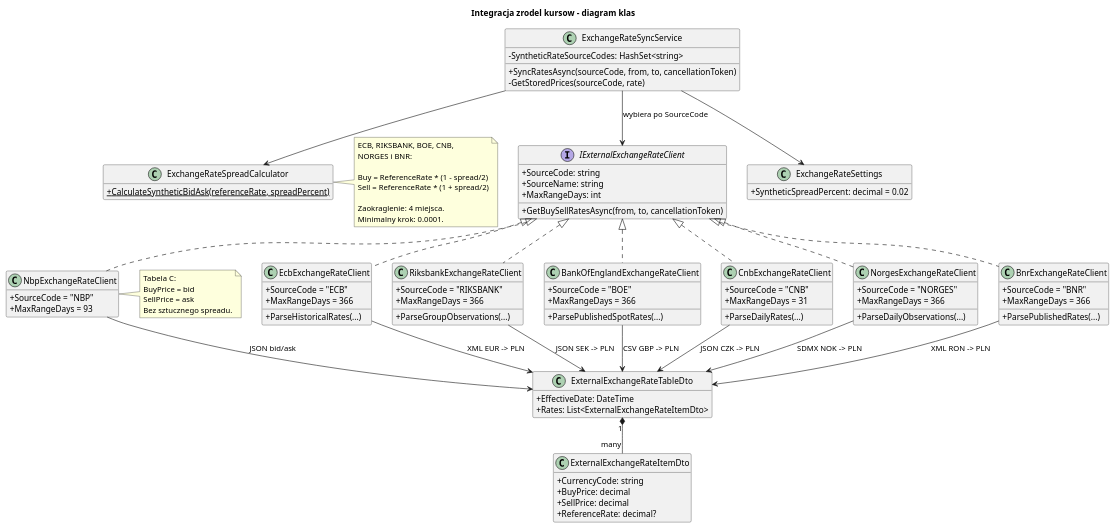
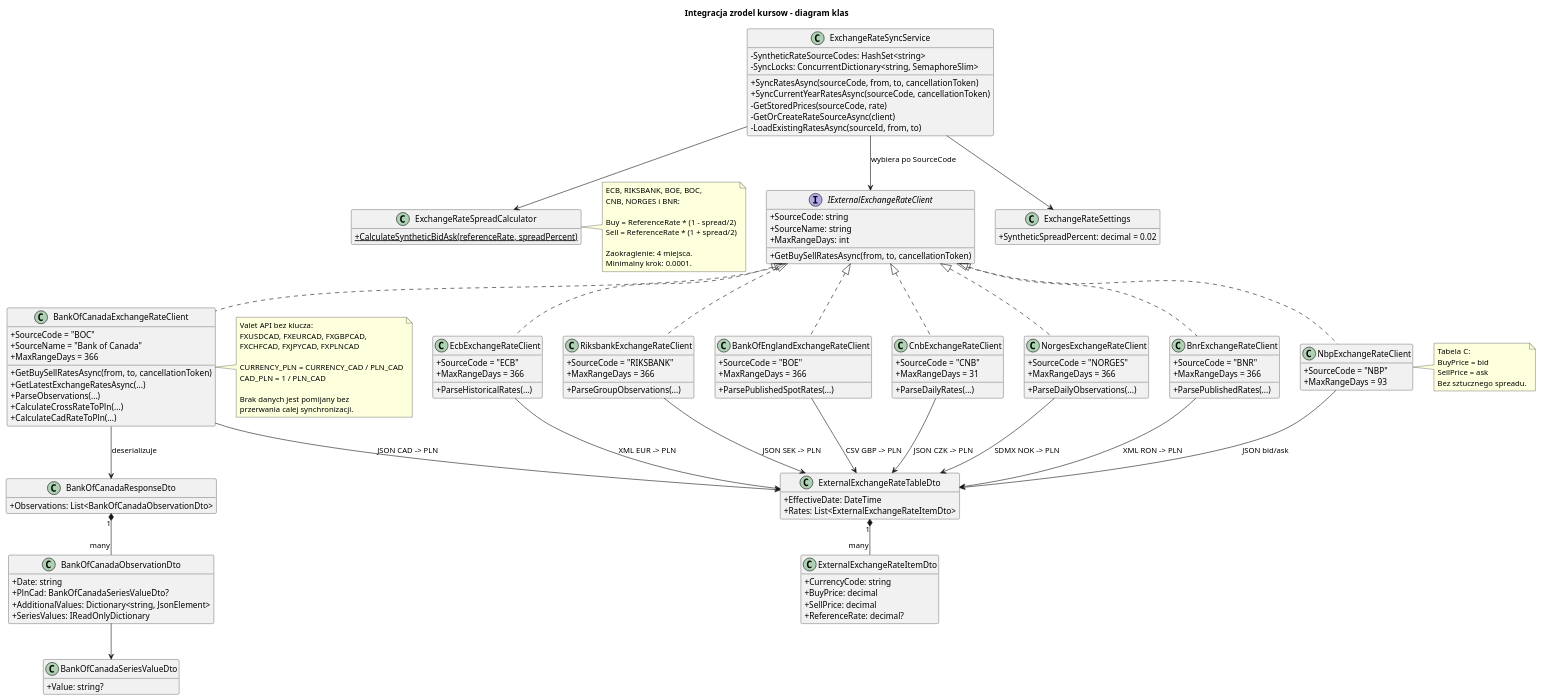
Before and after one commit to kacluc/GieudexPol: the diagram in UML/KursyWalut/IntegracjaZrodelClassDiagram.puml, drawn with PlantUML. The commit also changed 41 other files, not shown here.

Commit message:
Dodanie Bank of Canada

```diff
--- a/UML/KursyWalut/IntegracjaZrodelClassDiagram.puml
+++ b/UML/KursyWalut/IntegracjaZrodelClassDiagram.puml
@@ -1,118 +1,165 @@
 @startuml
 title Integracja zrodel kursow - diagram klas
 skinparam classAttributeIconSize 0
 hide empty members
 
 interface IExternalExchangeRateClient {
   + SourceCode: string
   + SourceName: string
   + MaxRangeDays: int
   + GetBuySellRatesAsync(from, to, cancellationToken)
 }
 
 class NbpExchangeRateClient {
   + SourceCode = "NBP"
   + MaxRangeDays = 93
 }
 
 class EcbExchangeRateClient {
   + SourceCode = "ECB"
   + MaxRangeDays = 366
   + ParseHistoricalRates(...)
 }
 
 class RiksbankExchangeRateClient {
   + SourceCode = "RIKSBANK"
   + MaxRangeDays = 366
   + ParseGroupObservations(...)
 }
 
 class BankOfEnglandExchangeRateClient {
   + SourceCode = "BOE"
   + MaxRangeDays = 366
   + ParsePublishedSpotRates(...)
 }
 
+class BankOfCanadaExchangeRateClient {
+  + SourceCode = "BOC"
+  + SourceName = "Bank of Canada"
+  + MaxRangeDays = 366
+  + GetBuySellRatesAsync(from, to, cancellationToken)
+  + GetLatestExchangeRatesAsync(...)
+  + ParseObservations(...)
+  + CalculateCrossRateToPln(...)
+  + CalculateCadRateToPln(...)
+}
+
+class BankOfCanadaResponseDto {
+  + Observations: List<BankOfCanadaObservationDto>
+}
+
+class BankOfCanadaObservationDto {
+  + Date: string
+  + PlnCad: BankOfCanadaSeriesValueDto?
+  + AdditionalValues: Dictionary<string, JsonElement>
+  + SeriesValues: IReadOnlyDictionary
+}
+
+class BankOfCanadaSeriesValueDto {
+  + Value: string?
+}
+
 class CnbExchangeRateClient {
   + SourceCode = "CNB"
   + MaxRangeDays = 31
   + ParseDailyRates(...)
 }
 
 class NorgesExchangeRateClient {
   + SourceCode = "NORGES"
   + MaxRangeDays = 366
   + ParseDailyObservations(...)
 }
 
 class BnrExchangeRateClient {
   + SourceCode = "BNR"
   + MaxRangeDays = 366
   + ParsePublishedRates(...)
 }
 
 class ExternalExchangeRateTableDto {
   + EffectiveDate: DateTime
   + Rates: List<ExternalExchangeRateItemDto>
 }
 
 class ExternalExchangeRateItemDto {
   + CurrencyCode: string
   + BuyPrice: decimal
   + SellPrice: decimal
   + ReferenceRate: decimal?
 }
 
 class ExchangeRateSyncService {
   - SyntheticRateSourceCodes: HashSet<string>
+  - SyncLocks: ConcurrentDictionary<string, SemaphoreSlim>
   + SyncRatesAsync(sourceCode, from, to, cancellationToken)
+  + SyncCurrentYearRatesAsync(sourceCode, cancellationToken)
   - GetStoredPrices(sourceCode, rate)
+  - GetOrCreateRateSourceAsync(client)
+  - LoadExistingRatesAsync(sourceId, from, to)
 }
 
 class ExchangeRateSpreadCalculator {
   {static} + CalculateSyntheticBidAsk(referenceRate, spreadPercent)
 }
 
 class ExchangeRateSettings {
   + SyntheticSpreadPercent: decimal = 0.02
 }
 
 IExternalExchangeRateClient <|.. NbpExchangeRateClient
 IExternalExchangeRateClient <|.. EcbExchangeRateClient
 IExternalExchangeRateClient <|.. RiksbankExchangeRateClient
 IExternalExchangeRateClient <|.. BankOfEnglandExchangeRateClient
+IExternalExchangeRateClient <|.. BankOfCanadaExchangeRateClient
 IExternalExchangeRateClient <|.. CnbExchangeRateClient
 IExternalExchangeRateClient <|.. NorgesExchangeRateClient
 IExternalExchangeRateClient <|.. BnrExchangeRateClient
 
 NbpExchangeRateClient --> ExternalExchangeRateTableDto : JSON bid/ask
 EcbExchangeRateClient --> ExternalExchangeRateTableDto : XML EUR -> PLN
 RiksbankExchangeRateClient --> ExternalExchangeRateTableDto : JSON SEK -> PLN
 BankOfEnglandExchangeRateClient --> ExternalExchangeRateTableDto : CSV GBP -> PLN
+BankOfCanadaExchangeRateClient --> ExternalExchangeRateTableDto : JSON CAD -> PLN
+BankOfCanadaExchangeRateClient --> BankOfCanadaResponseDto : deserializuje
+BankOfCanadaResponseDto "1" *-- "many" BankOfCanadaObservationDto
+BankOfCanadaObservationDto --> BankOfCanadaSeriesValueDto
 CnbExchangeRateClient --> ExternalExchangeRateTableDto : JSON CZK -> PLN
 NorgesExchangeRateClient --> ExternalExchangeRateTableDto : SDMX NOK -> PLN
 BnrExchangeRateClient --> ExternalExchangeRateTableDto : XML RON -> PLN
 ExternalExchangeRateTableDto "1" *-- "many" ExternalExchangeRateItemDto
 
 ExchangeRateSyncService --> IExternalExchangeRateClient : wybiera po SourceCode
 ExchangeRateSyncService --> ExchangeRateSpreadCalculator
 ExchangeRateSyncService --> ExchangeRateSettings
 
 note right of NbpExchangeRateClient
 Tabela C:
 BuyPrice = bid
 SellPrice = ask
 Bez sztucznego spreadu.
 end note
 
+note right of BankOfCanadaExchangeRateClient
+Valet API bez klucza:
+FXUSDCAD, FXEURCAD, FXGBPCAD,
+FXCHFCAD, FXJPYCAD, FXPLNCAD
+
+CURRENCY_PLN = CURRENCY_CAD / PLN_CAD
+CAD_PLN = 1 / PLN_CAD
+
+Brak danych jest pomijany bez
+przerwania calej synchronizacji.
+end note
+
 note right of ExchangeRateSpreadCalculator
-ECB, RIKSBANK, BOE, CNB,
-NORGES i BNR:
+ECB, RIKSBANK, BOE, BOC,
+CNB, NORGES i BNR:
 
 Buy = ReferenceRate * (1 - spread/2)
 Sell = ReferenceRate * (1 + spread/2)
 
 Zaokraglenie: 4 miejsca.
 Minimalny krok: 0.0001.
 end note
 @enduml
```
